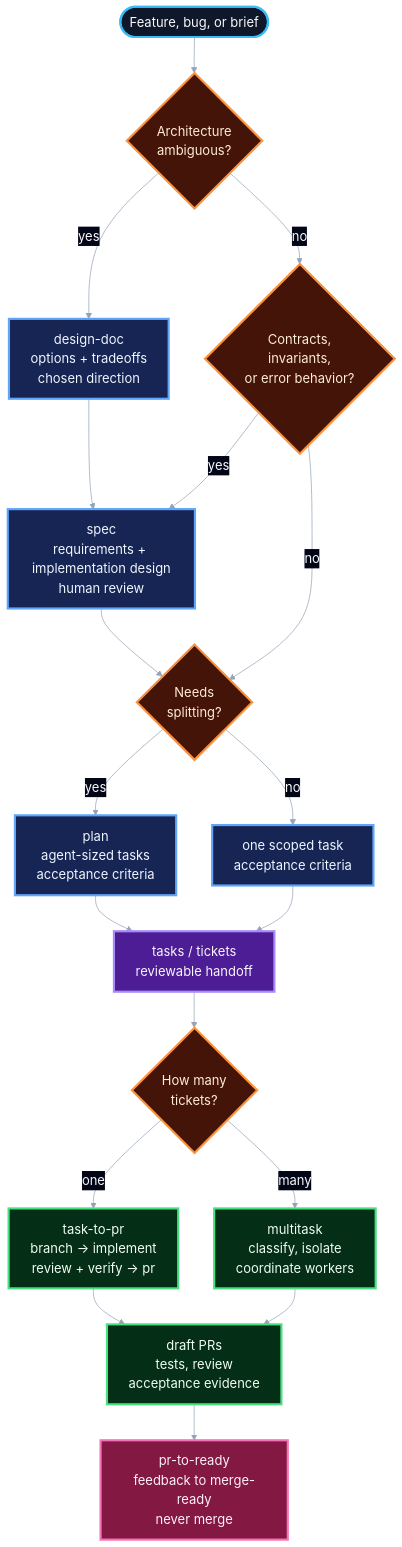
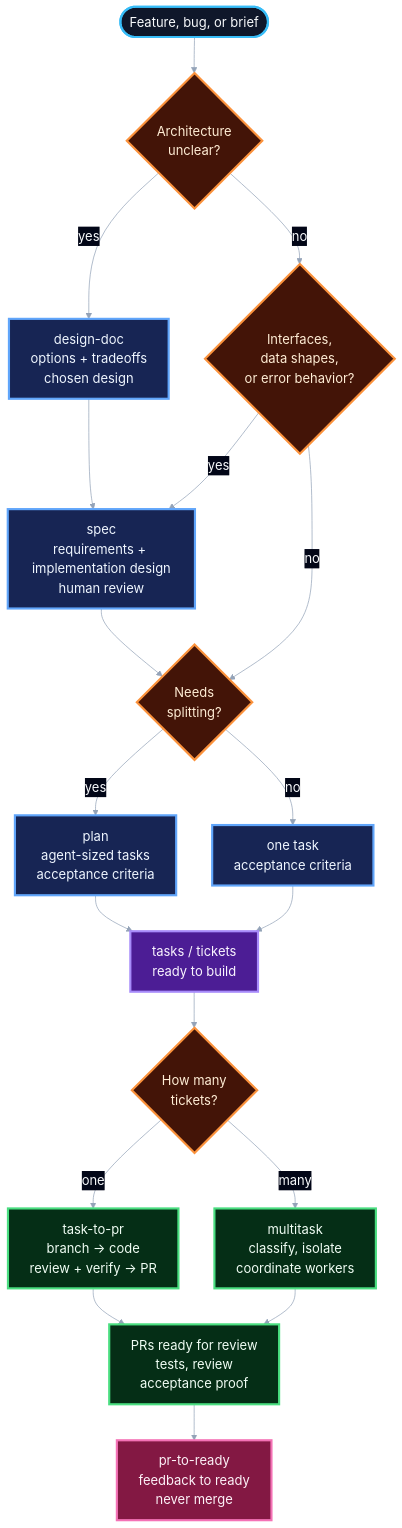
One commit to owainlewis/blueprint changed the first of 3 diagrams in README.md. Above: the diagram before and after it, drawn with Mermaid. The commit also changed other lines of this file and 24 other files, not shown here.

````diff
--- a/README.md
+++ b/README.md
@@ -38,47 +37,47 @@
 ```mermaid
 %%{init: {"theme": "base", "themeVariables": {"fontFamily": "Inter, ui-sans-serif, system-ui", "fontSize": "18px", "primaryTextColor": "#f8fafc", "tertiaryTextColor": "#f8fafc", "lineColor": "#94a3b8", "edgeLabelBackground": "#020617"}}}%%
 flowchart TD
     Request([Feature, bug, or brief])
 
-    Ambiguous{Architecture<br/>ambiguous?}
-    Design["design-doc<br/>options + tradeoffs<br/>chosen direction"]
-    SpecGate{Contracts,<br/>invariants,<br/>or error behavior?}
+    Ambiguous{Architecture<br/>unclear?}
+    Design["design-doc<br/>options + tradeoffs<br/>chosen design"]
+    SpecGate{Interfaces,<br/>data shapes,<br/>or error behavior?}
     Spec["spec<br/>requirements + implementation design<br/>human review"]
     Split{Needs<br/>splitting?}
     Plan["plan<br/>agent-sized tasks<br/>acceptance criteria"]
-    Direct["one scoped task<br/>acceptance criteria"]
-    Handoff["tasks / tickets<br/>reviewable handoff"]
+    Direct["one task<br/>acceptance criteria"]
+    Handoff["tasks / tickets<br/>ready to build"]
 
     Count{How many<br/>tickets?}
-    Single["task-to-pr<br/>branch -> implement<br/>review + verify -> pr"]
+    Single["task-to-pr<br/>branch -> code<br/>review + verify -> PR"]
     Multi["multitask<br/>classify, isolate<br/>coordinate workers"]
-    PRs["draft PRs<br/>tests, review<br/>acceptance evidence"]
-    Ready["pr-to-ready<br/>feedback to merge-ready<br/>never merge"]
+    PRs["PRs ready for review<br/>tests, review<br/>acceptance proof"]
+    Ready["pr-to-ready<br/>feedback to ready<br/>never merge"]
 
     Request --> Ambiguous
     Ambiguous -->|yes| Design --> Spec
     Ambiguous -->|no| SpecGate
     SpecGate -->|yes| Spec
     SpecGate -->|no| Split
     Spec --> Split
     Split -->|yes| Plan --> Handoff
     Split -->|no| Direct --> Handoff
     Handoff --> Count
     Count -->|one| Single --> PRs
     Count -->|many| Multi --> PRs
     PRs --> Ready
 
     classDef start fill:#0f172a,stroke:#38bdf8,stroke-width:3px,color:#f8fafc,font-size:18px;
     classDef decision fill:#431407,stroke:#fb923c,stroke-width:3px,color:#ffedd5,font-size:18px;
     classDef decide fill:#172554,stroke:#60a5fa,stroke-width:3px,color:#eff6ff,font-size:18px;
     classDef handoff fill:#4c1d95,stroke:#a78bfa,stroke-width:3px,color:#faf5ff,font-size:18px;
     classDef deliver fill:#052e16,stroke:#4ade80,stroke-width:3px,color:#f0fdf4,font-size:18px;
     classDef feedback fill:#831843,stroke:#f472b6,stroke-width:3px,color:#fdf2f8,font-size:18px;
 
     class Request start;
     class Ambiguous,SpecGate,Split,Count decision;
     class Design,Spec,Plan,Direct decide;
     class Handoff handoff;
     class Single,Multi,PRs deliver;
     class Ready feedback;
 ```
````
